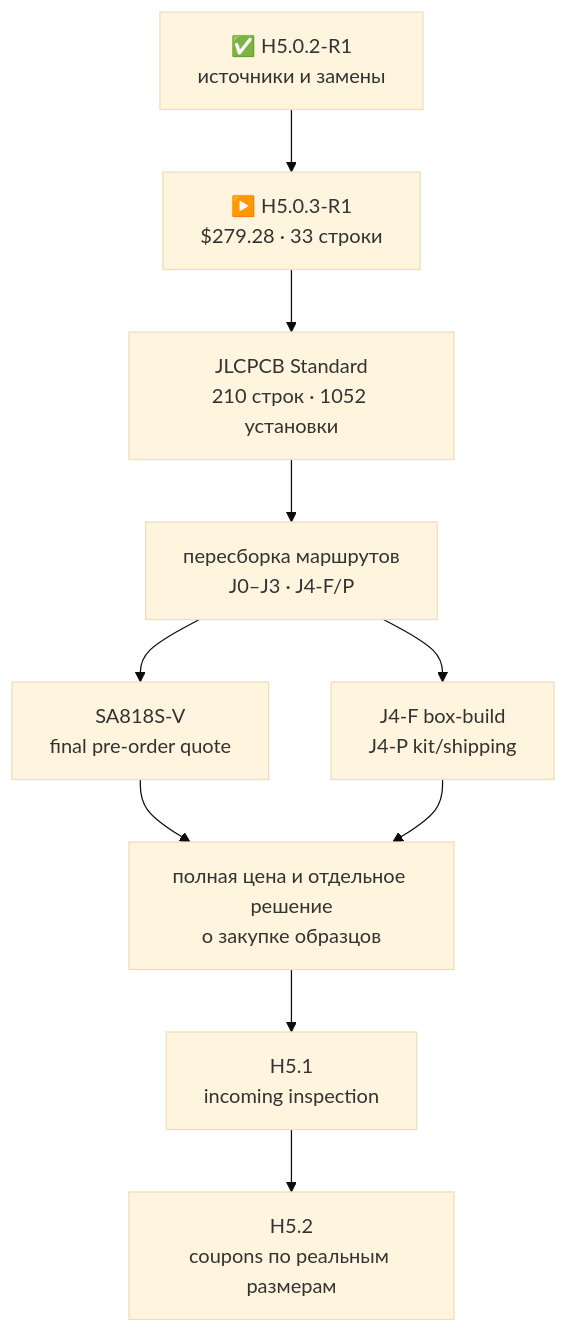
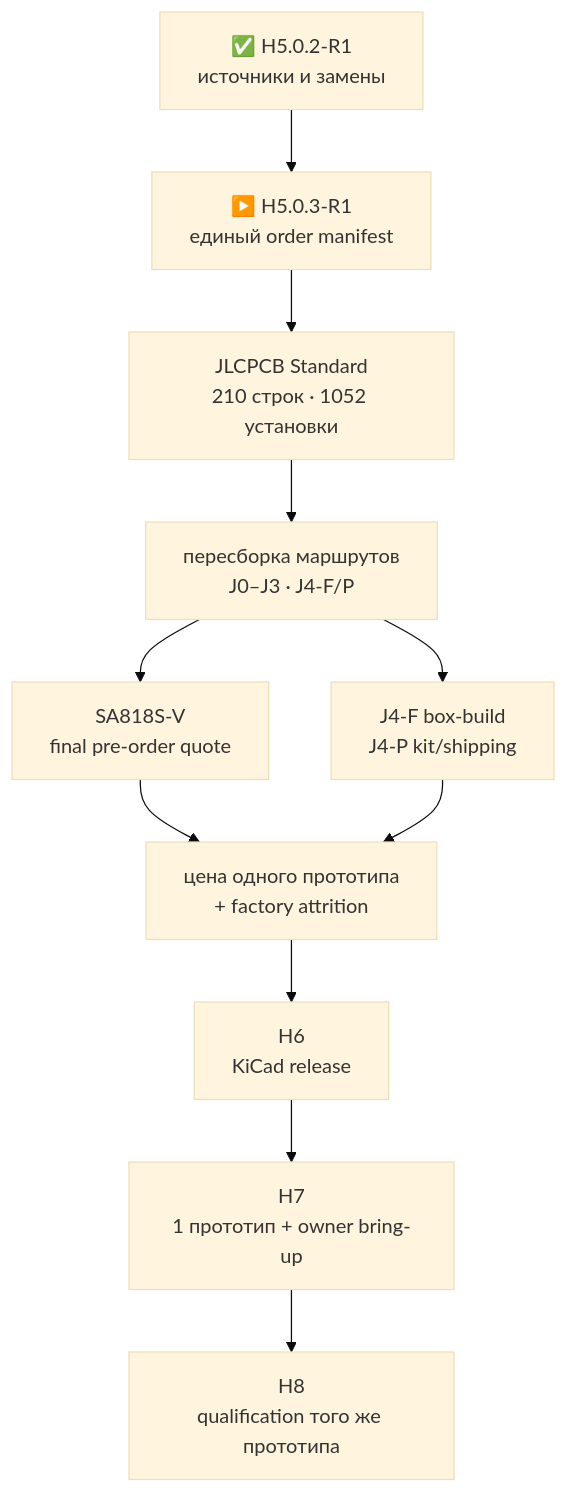
One commit to anton-vinogradov/esp32-leshy2 changed the diagram in docs/component-sample-basket.ru.md. Above: the diagram before and after it, drawn with Mermaid (base theme). The commit also changed other lines of this file and 147 other files, not shown here.

````diff
--- a/docs/component-sample-basket.ru.md
+++ b/docs/component-sample-basket.ru.md
@@ -7,12 +7,13 @@
 ```mermaid
 flowchart TD
-  R["✅ H5.0.2-R1<br/>источники и замены"] --> B["▶️ H5.0.3-R1<br/>$279.28 · 33 строки"]
+  R["✅ H5.0.2-R1<br/>источники и замены"] --> B["▶️ H5.0.3-R1<br/>единый order manifest"]
   B --> P["JLCPCB Standard<br/>210 строк · 1052 установки"]
   P --> Q["пересборка маршрутов<br/>J0–J3 · J4-F/P"]
   Q --> S["SA818S-V<br/>final pre-order quote"]
   Q --> X["J4-F box-build<br/>J4-P kit/shipping"]
-  S --> A["полная цена и отдельное решение<br/>о закупке образцов"]
+  S --> A["цена одного прототипа<br/>+ factory attrition"]
   X --> A
-  A --> H51["H5.1<br/>incoming inspection"]
-  H51 --> H52["H5.2<br/>coupons по реальным размерам"]
+  A --> H6["H6<br/>KiCad release"]
+  H6 --> H7["H7<br/>1 прототип + owner bring-up"]
+  H7 --> H8["H8<br/>qualification того же прототипа"]
 ```
````
